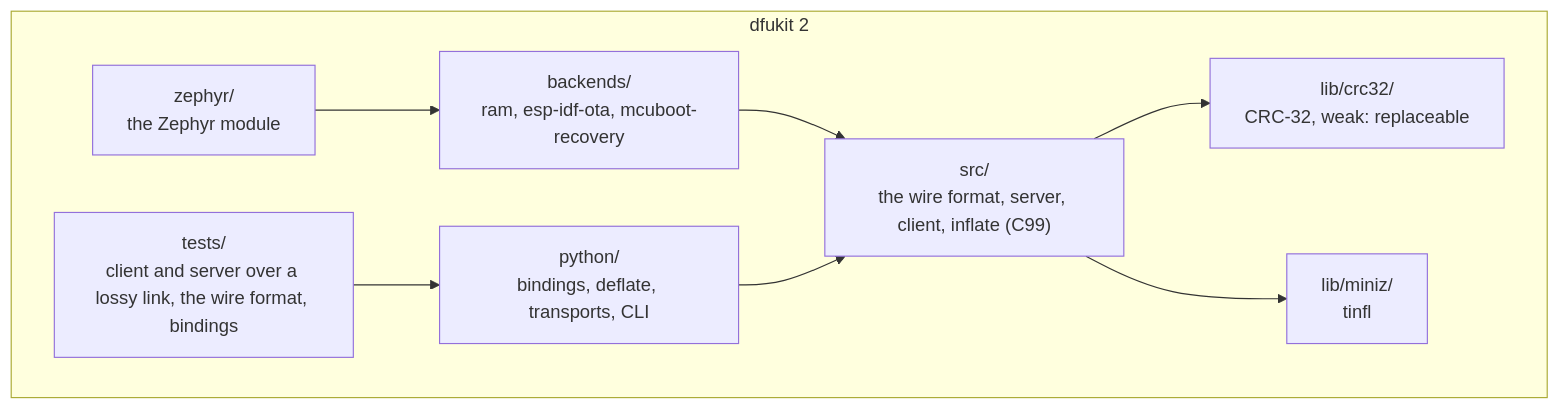
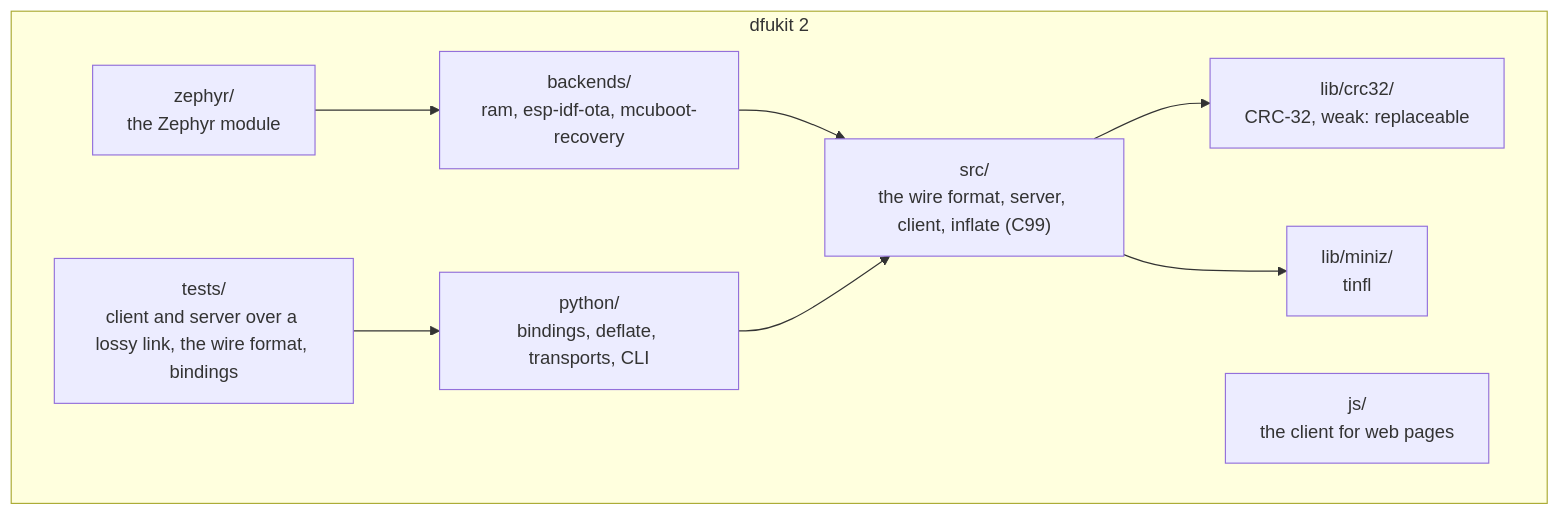
Diagram 15 of 16 in DESIGN.md (fvsolutions-dev/dfukit), drawn with Mermaid before and after one commit. The commit also changed other lines of this file and 6 other files, not shown here.

````diff
--- a/DESIGN.md
+++ b/DESIGN.md
@@ -578,18 +580,19 @@
 ```mermaid
 flowchart TB
     subgraph repo [dfukit 2]
         core["src/<br/>the wire format, server, client, inflate (C99)"]
         crc["lib/crc32/<br/>CRC-32, weak: replaceable"]
         miniz["lib/miniz/<br/>tinfl"]
         backends["backends/<br/>ram, esp-idf-ota, mcuboot-recovery"]
         zephyr["zephyr/<br/>the Zephyr module"]
         py["python/<br/>bindings, deflate, transports, CLI"]
+        js["js/<br/>the client for web pages"]
         tests["tests/<br/>client and server over a lossy link, the wire format, bindings"]
     end
     core --> crc
     core --> miniz
     backends --> core
     py --> core
     zephyr --> backends
     tests --> py
 ```
````
